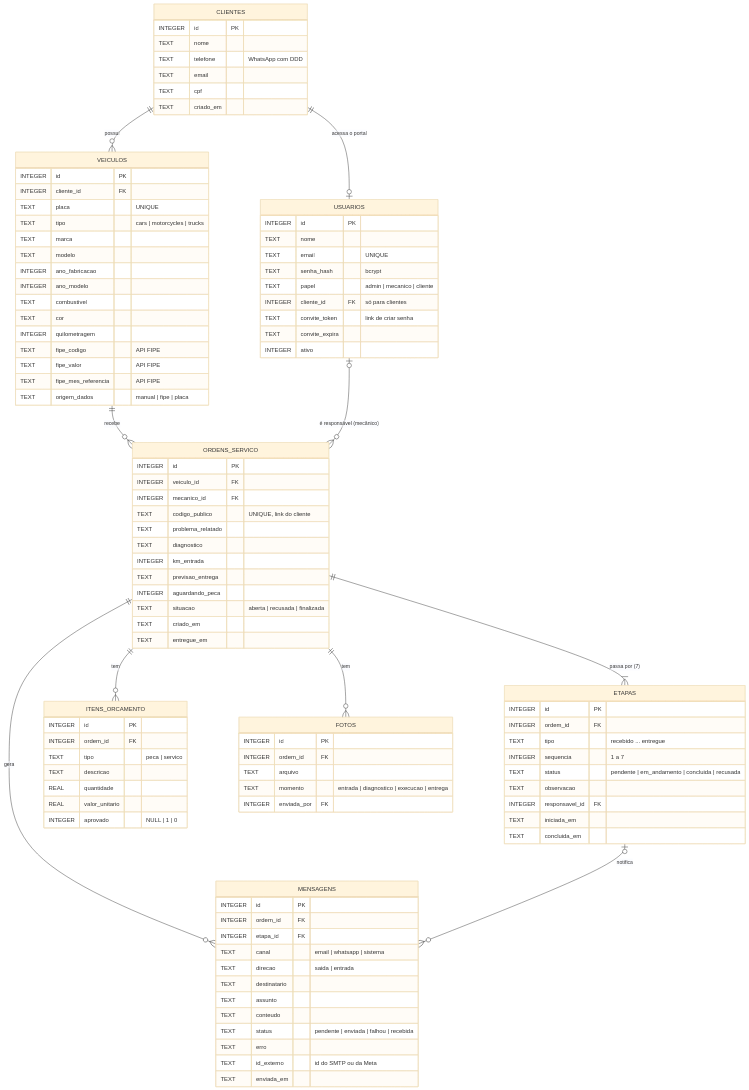
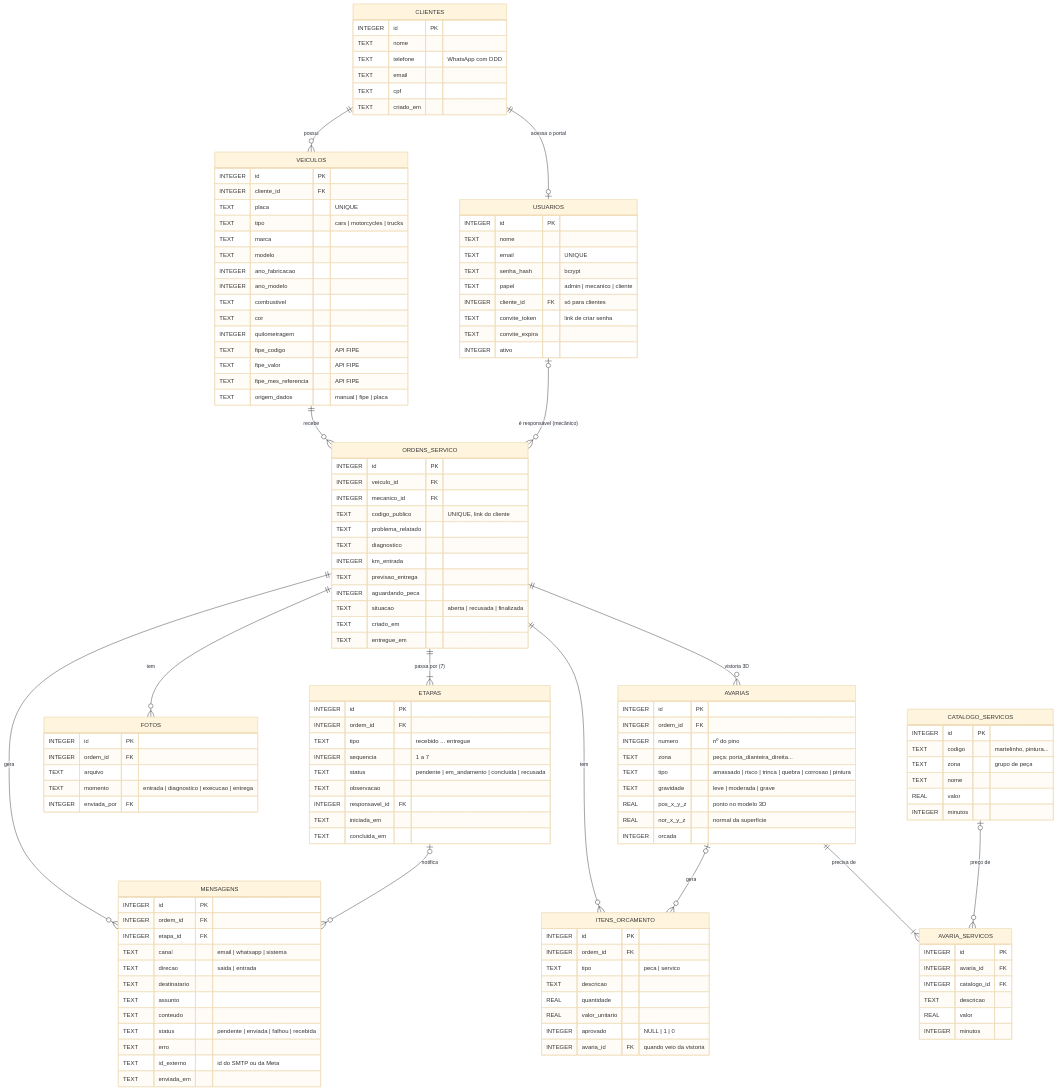
Before and after one commit to brenosuski17/oficinastatus: the first of 2 diagrams in docs/der.md, drawn with Mermaid (base theme). The commit also changed other lines of this file and 23 other files, not shown here.

First line of the commit message:
Vistoria 3D: marcar avarias no carro e gerar o orçamento

```diff
--- a/docs/der.md
+++ b/docs/der.md
@@ -16,6 +16,10 @@
     ORDENS_SERVICO ||--o{ FOTOS : "tem"
     ORDENS_SERVICO ||--o{ MENSAGENS : "gera"
     ETAPAS |o--o{ MENSAGENS : "notifica"
+    ORDENS_SERVICO ||--o{ AVARIAS : "vistoria 3D"
+    AVARIAS ||--|{ AVARIA_SERVICOS : "precisa de"
+    CATALOGO_SERVICOS |o--o{ AVARIA_SERVICOS : "preço de"
+    AVARIAS |o--o{ ITENS_ORCAMENTO : "gera"
 
     CLIENTES {
         INTEGER id PK
@@ -86,6 +90,7 @@
         REAL quantidade
         REAL valor_unitario
         INTEGER aprovado "NULL | 1 | 0"
+        INTEGER avaria_id FK "quando veio da vistoria"
     }
     FOTOS {
         INTEGER id PK
@@ -93,6 +98,33 @@
         TEXT arquivo
         TEXT momento "entrada | diagnostico | execucao | entrega"
         INTEGER enviada_por FK
+    }
+    AVARIAS {
+        INTEGER id PK
+        INTEGER ordem_id FK
+        INTEGER numero "nº do pino"
+        TEXT zona "peça: porta_dianteira_direita..."
+        TEXT tipo "amassado | risco | trinca | quebra | corrosao | pintura"
+        TEXT gravidade "leve | moderada | grave"
+        REAL pos_x_y_z "ponto no modelo 3D"
+        REAL nor_x_y_z "normal da superfície"
+        INTEGER orcada
+    }
+    AVARIA_SERVICOS {
+        INTEGER id PK
+        INTEGER avaria_id FK
+        INTEGER catalogo_id FK
+        TEXT descricao
+        REAL valor
+        INTEGER minutos
+    }
+    CATALOGO_SERVICOS {
+        INTEGER id PK
+        TEXT codigo "martelinho, pintura..."
+        TEXT zona "grupo de peça"
+        TEXT nome
+        REAL valor
+        INTEGER minutos
     }
     MENSAGENS {
         INTEGER id PK
```
